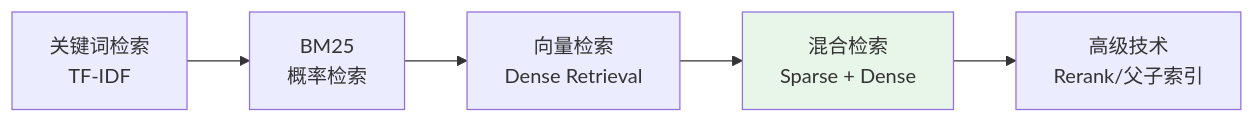
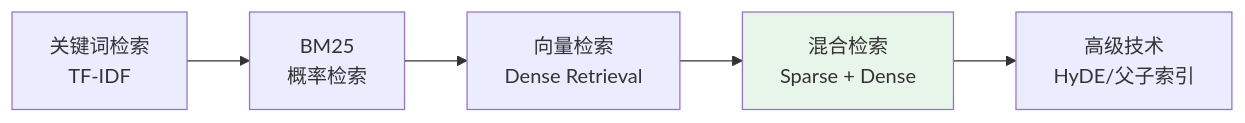
Before and after one commit to KasonLee-marker/ai-agent-interview-questions: the diagram in retrieval/README.md, drawn with Mermaid. The commit also changed other lines of this file and 1 other file, not shown here.

````diff
--- a/retrieval/README.md
+++ b/retrieval/README.md
@@ -15,9 +16,9 @@
 ```mermaid
 flowchart LR
     Keyword["关键词检索<br/>TF-IDF"] --> BM25["BM25<br/>概率检索"]
     BM25 --> Vector["向量检索<br/>Dense Retrieval"]
     Vector --> Hybrid["混合检索<br/>Sparse + Dense"]
-    Hybrid --> Advanced["高级技术<br/>Rerank/父子索引"]
+    Hybrid --> Advanced["高级技术<br/>HyDE/父子索引"]
     
     style Hybrid fill:#e8f5e9
 ```
````
